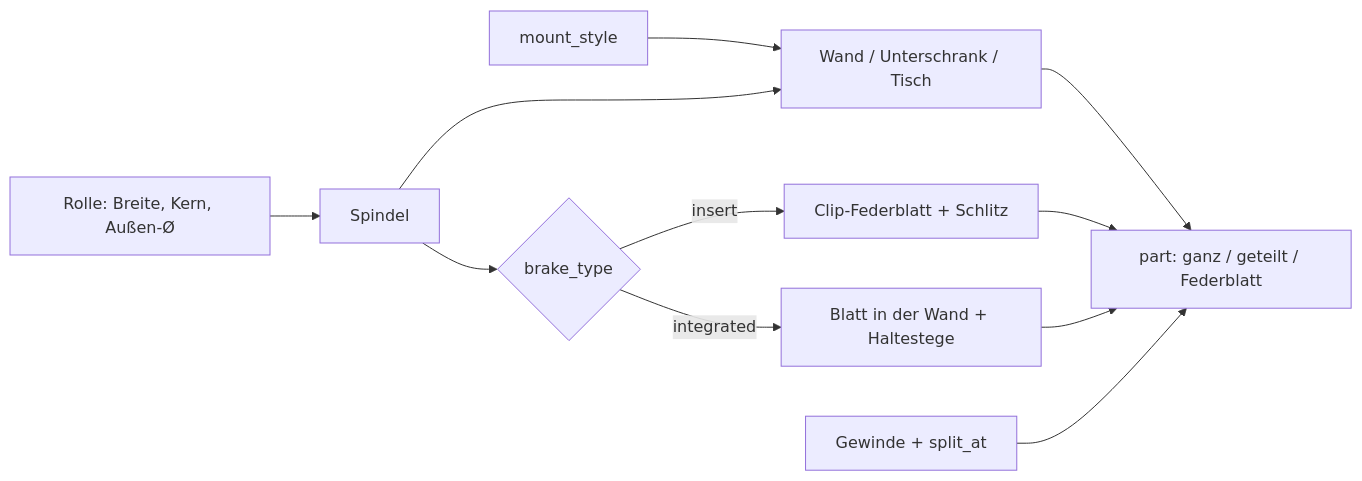
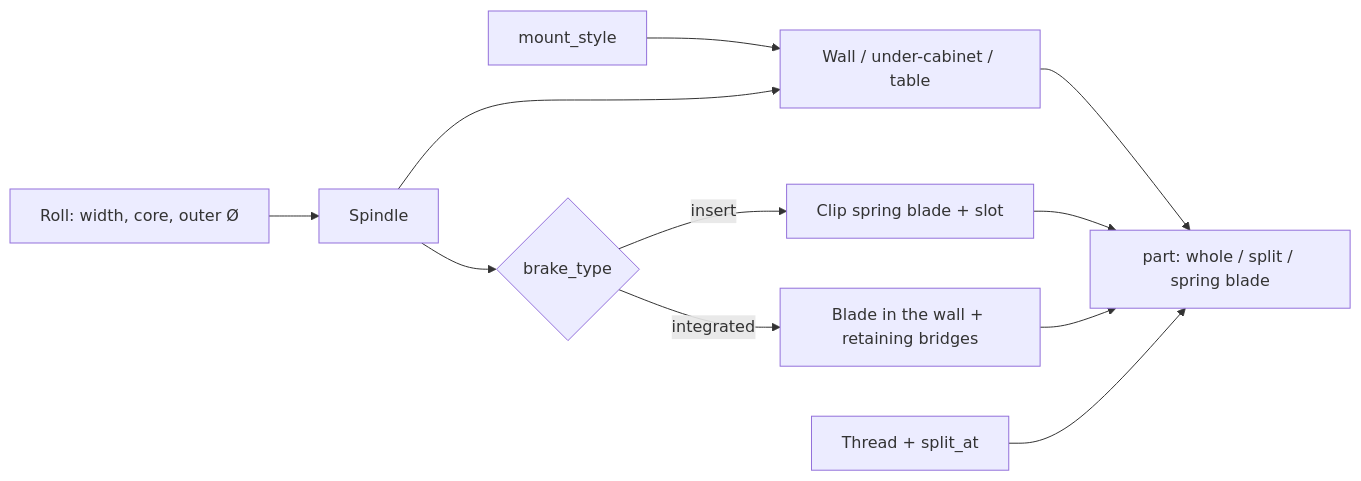
The diagram in models/parametric-paper-towel-roll-holder/README.md (BetaHydri/parametric-cad-models), drawn with Mermaid before and after one commit. The commit also changed other lines of this file and 57 other files, not shown here.

````diff
--- a/models/parametric-paper-towel-roll-holder/README.md
+++ b/models/parametric-paper-towel-roll-holder/README.md
@@ -261,13 +263,13 @@
 ```mermaid
 flowchart LR
-    R[Rolle: Breite, Kern, Außen-Ø] --> S[Spindel]
+    R[Roll: width, core, outer Ø] --> S[Spindle]
     S --> B{brake_type}
-    B -->|insert| C[Clip-Federblatt + Schlitz]
-    B -->|integrated| I[Blatt in der Wand + Haltestege]
-    M[mount_style] --> W[Wand / Unterschrank / Tisch]
+    B -->|insert| C[Clip spring blade + slot]
+    B -->|integrated| I[Blade in the wall + retaining bridges]
+    M[mount_style] --> W[Wall / under-cabinet / table]
     S --> W
-    W --> O[part: ganz / geteilt / Federblatt]
+    W --> O[part: whole / split / spring blade]
     C --> O
     I --> O
-    T[Gewinde + split_at] --> O
+    T[Thread + split_at] --> O
 ```
````
